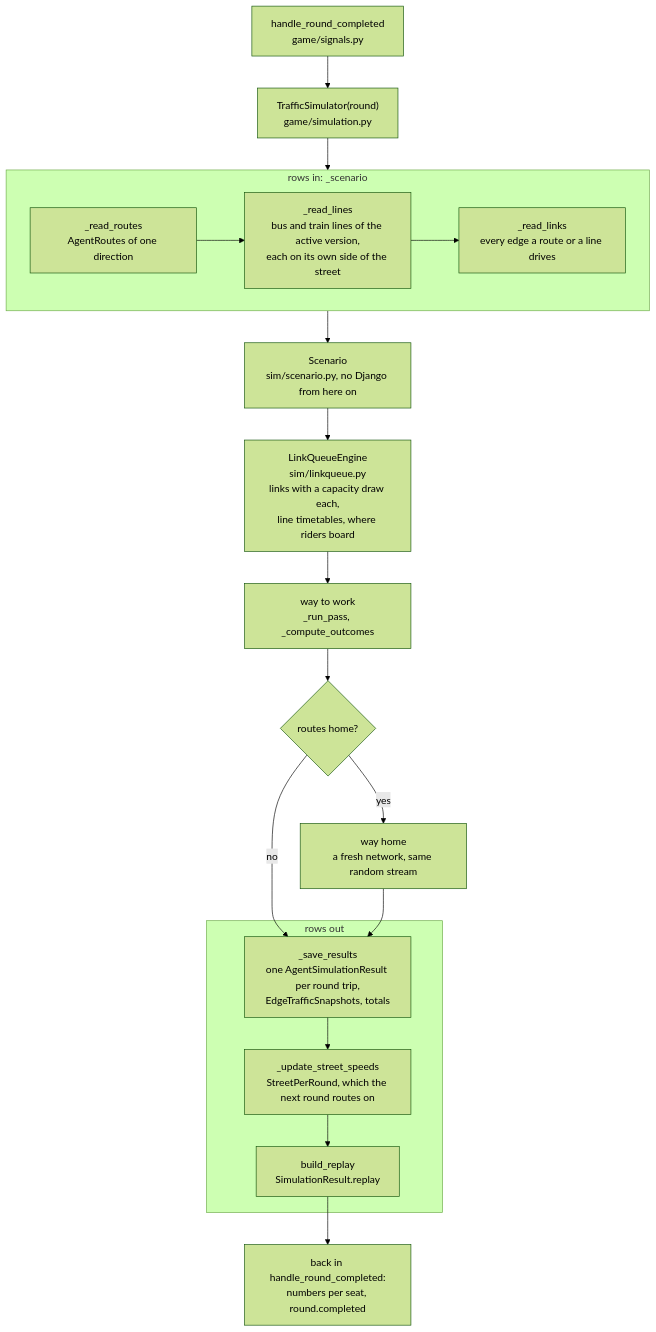
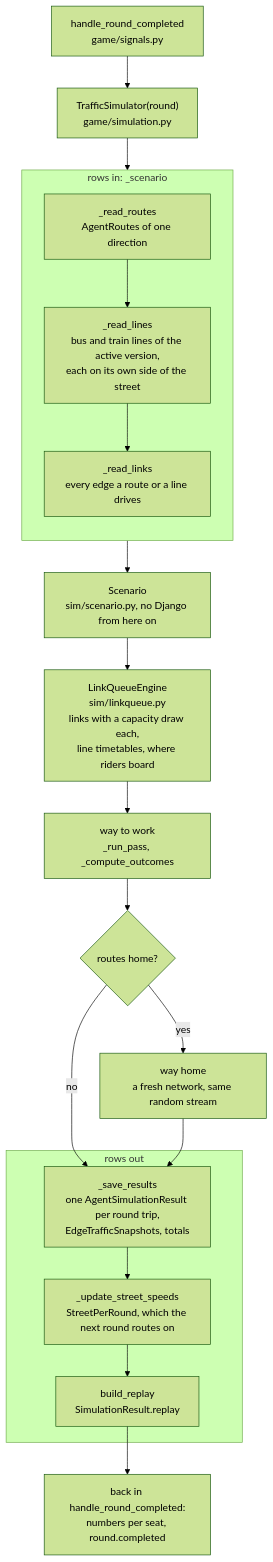
One commit to luke-hirsch/co2mmute changed the seventh of 12 diagrams in docs/en-flowcharts.md. Above: the diagram before and after it, drawn with Mermaid (forest theme). The commit also changed other lines of this file and 16 other files, not shown here.

````diff
--- a/docs/en-flowcharts.md
+++ b/docs/en-flowcharts.md
@@ -270,26 +260,26 @@
 ```mermaid
 flowchart TD
     handler["handle_round_completed<br>game/signals.py"] --> ts["TrafficSimulator(round)<br>game/simulation.py"]
     subgraph rowsIn["rows in: _scenario"]
-        direction LR
+        direction TB
         r1["_read_routes<br>AgentRoutes of one direction"]
         r2["_read_lines<br>bus and train lines of the active version,<br>each on its own side of the street"]
         r3["_read_links<br>every edge a route or a line drives"]
         r1 --> r2 --> r3
     end
     ts --> rowsIn
     rowsIn --> scen["Scenario<br>sim/scenario.py, no Django from here on"]
     scen --> eng["LinkQueueEngine<br>sim/linkqueue.py<br>links with a capacity draw each,<br>line timetables, where riders board"]
     eng --> morning["way to work<br>_run_pass, _compute_outcomes"]
     morning --> hasHome{"routes home?"}
     hasHome -->|"yes"| evening["way home<br>a fresh network, same random stream"]
     hasHome -->|"no"| save
     evening --> save
     subgraph rowsOut["rows out"]
         save["_save_results<br>one AgentSimulationResult per round trip,<br>EdgeTrafficSnapshots, totals"]
         speeds["_update_street_speeds<br>StreetPerRound, which the next round routes on"]
         replay["build_replay<br>SimulationResult.replay"]
     end
     save --> speeds --> replay
     replay --> stats["back in handle_round_completed:<br>numbers per seat, round.completed"]
 ```
````
